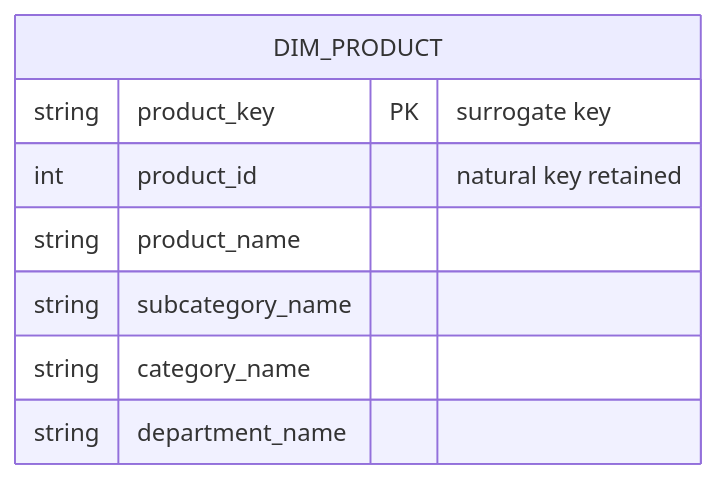
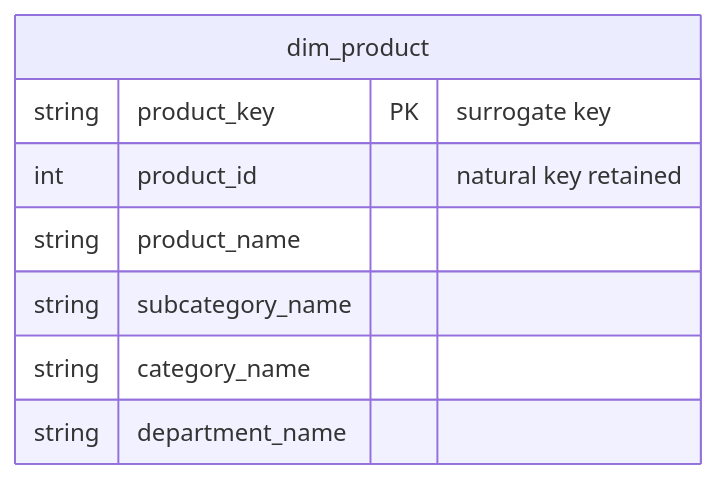
The fourth of 7 diagrams in docs/dimensional-modeling-standards.md (ducchetrongminh/vitlamdata_dbt_postgres), drawn with Mermaid before and after one commit. The commit also changed other lines of this file, not shown here.

Commit message:
docs: lowercase table names in diagram

````diff
--- a/docs/dimensional-modeling-standards.md
+++ b/docs/dimensional-modeling-standards.md
@@ -210,11 +210,11 @@
 ```mermaid
 erDiagram
-    DIM_PRODUCT {
+    dim_product {
         string product_key PK "surrogate key"
         int product_id "natural key retained"
         string product_name
         string subcategory_name
         string category_name
         string department_name
     }
 ```
````
